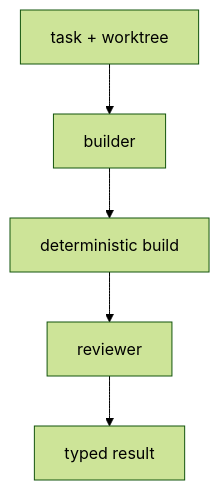
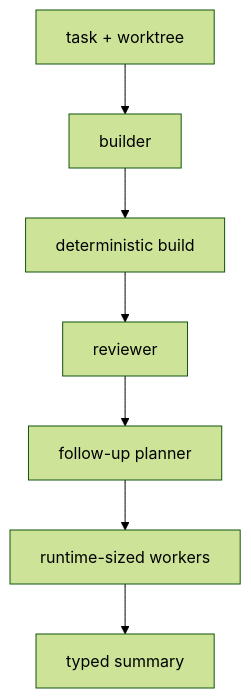
One commit to Demezy/nefor changed the diagram in mag/book/02. nefor/04. Development Workflows.md. Above: the diagram before and after it, drawn with Mermaid (forest theme). The commit also changed other lines of this file and 69 other files, not shown here.

Commit message:
Traverse ordinary typed MAG workers

````diff
--- a/mag/book/02. nefor/04. Development Workflows.md
+++ b/mag/book/02. nefor/04. Development Workflows.md
@@ -7,7 +7,9 @@
 ```mermaid
 flowchart TD
   input["task + worktree"] --> builder["builder"]
   builder --> build["deterministic build"]
   build --> reviewer["reviewer"]
-  reviewer --> result["typed result"]
+  reviewer --> planner["follow-up planner"]
+  planner --> workers["runtime-sized workers"]
+  workers --> integration["typed summary"]
 ```
````
